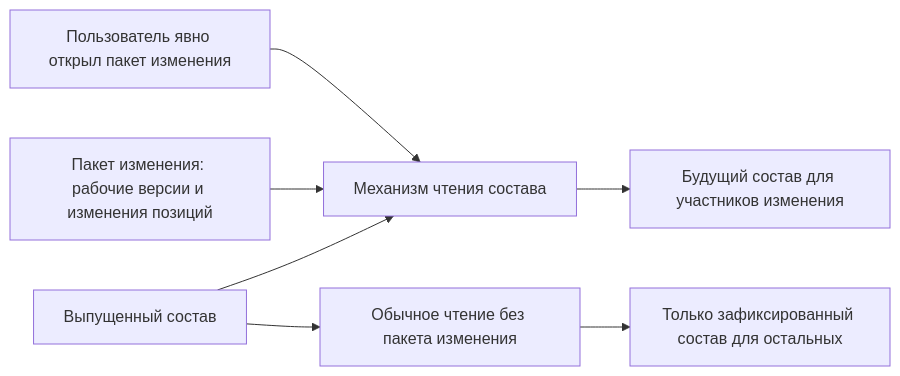
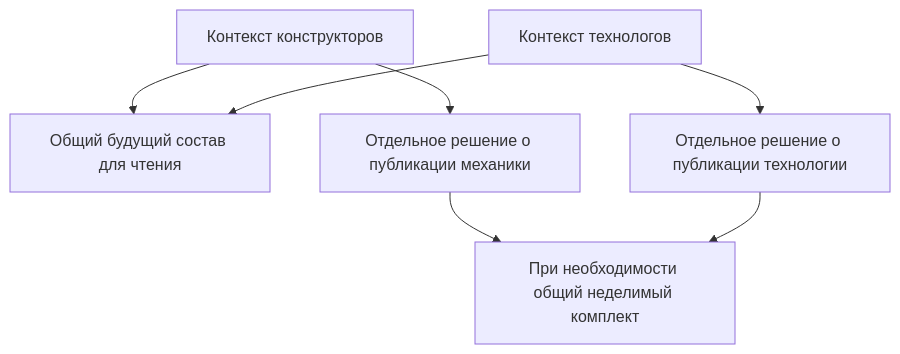
One commit to ZelAnton/Interlink-product-book changed the first of 2 diagrams in docs/version-selection/04-editing-context-changeset.md. Above: the diagram before and after it, drawn with Mermaid. The commit also changed other lines of this file and 231 other files, not shown here.

````diff
--- a/docs/version-selection/04-editing-context-changeset.md
+++ b/docs/version-selection/04-editing-context-changeset.md
@@ -40,9 +27,9 @@
 ```mermaid
-flowchart LR
-    A["Выпущенный состав"] --> C["Механизм чтения состава"]
-    B["Пакет изменения: рабочие версии и изменения позиций"] --> C
-    D["Пользователь явно открыл пакет изменения"] --> C
-    C --> E["Будущий состав для участников изменения"]
-    A --> F["Обычное чтение без пакета изменения"]
-    F --> G["Только зафиксированный состав для остальных"]
+flowchart TD
+    A["Контекст конструкторов"] --> C["Общий будущий состав для чтения"]
+    B["Контекст технологов"] --> C
+    A --> D["Отдельное решение о публикации механики"]
+    B --> E["Отдельное решение о публикации технологии"]
+    D --> F["При необходимости общий неделимый комплект"]
+    E --> F
 ```
````
